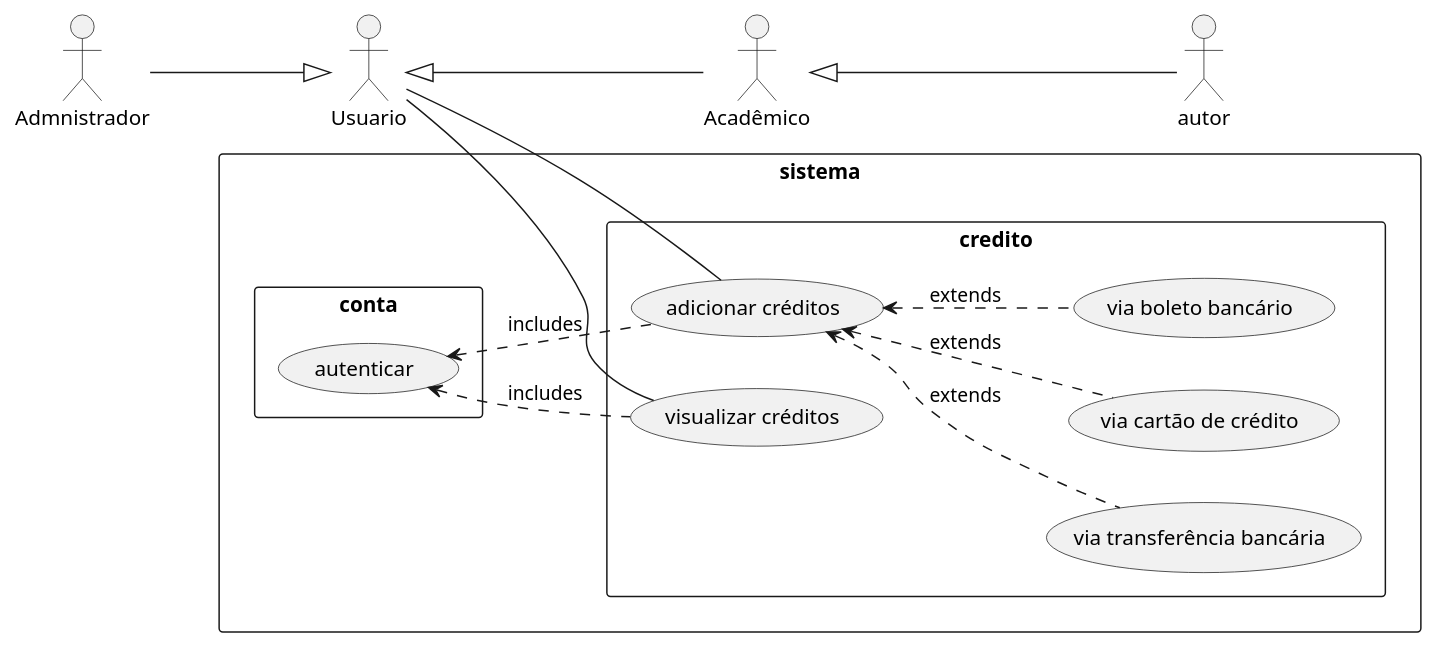
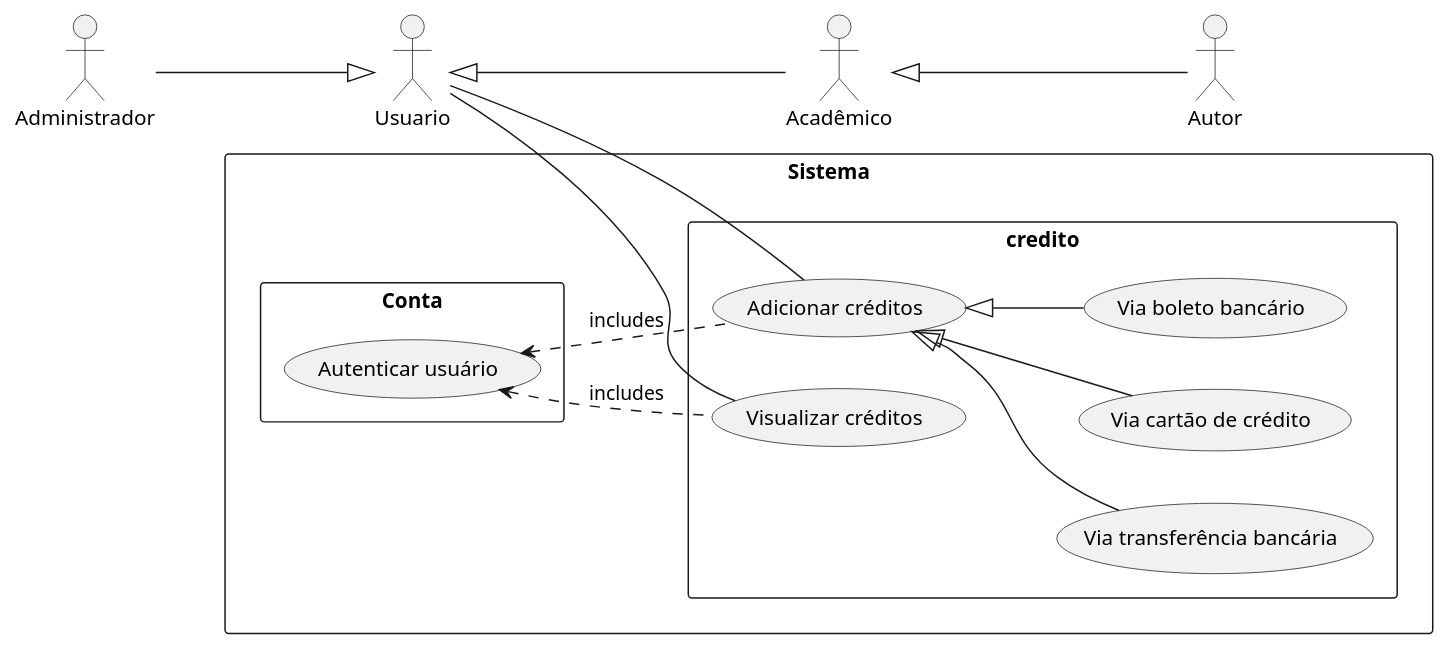
The diagram in use-case/diagrams/credito.iuml (arielazzi/desenvolvimento-de-software-I), drawn with PlantUML before and after one commit. The commit also changed 5 other files, not shown here.

```diff
--- a/use-case/diagrams/credito.iuml
+++ b/use-case/diagrams/credito.iuml
@@ -1,30 +1,30 @@
 @startuml credito
 
 left to right direction
 
-:Usuario: as usuario
-:Acadêmico: as academico
-:Admnistrador: as admnistrador
+:Usuario: as Usuario
+:Acadêmico: as Academico
+:Administrador: as Administrador
 
-academico <|-- autor
-usuario <|-down- academico
-usuario <|-up- admnistrador
+Academico <|-- Autor
+Usuario <|-down- Academico
+Usuario <|-up- Administrador
 
-rectangle sistema {
-    rectangle conta {
-        (autenticar)
+rectangle Sistema {
+    rectangle Conta {
+        (Autenticar usuário)
     }
     rectangle credito {
-        usuario -- (visualizar créditos)
-        usuario -- (adicionar créditos)
+        Usuario -- (Visualizar créditos)
+        Usuario -- (Adicionar créditos)
 
-        (autenticar) <.. (visualizar créditos) : includes
-        (autenticar) <.. (adicionar créditos) : includes
+        (Autenticar usuário) <.. (Visualizar créditos) : includes
+        (Autenticar usuário) <.. (Adicionar créditos) : includes
 
-        (adicionar créditos) <.. (via cartão de crédito) : extends
-        (adicionar créditos) <.. (via boleto bancário) : extends
-        (adicionar créditos) <.. (via transferência bancária) : extends
+        (Adicionar créditos) <|-- (Via cartão de crédito)
+        (Adicionar créditos) <|-- (Via boleto bancário)
+        (Adicionar créditos) <|-- (Via transferência bancária)
     }
 }
 
 @enduml
```
